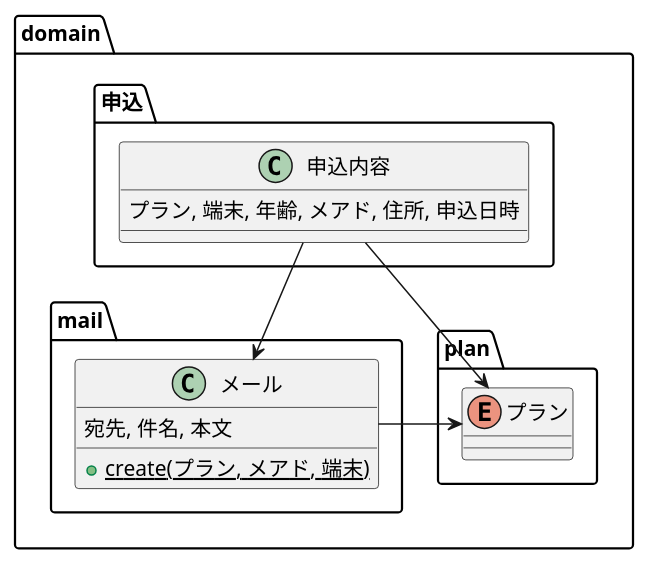
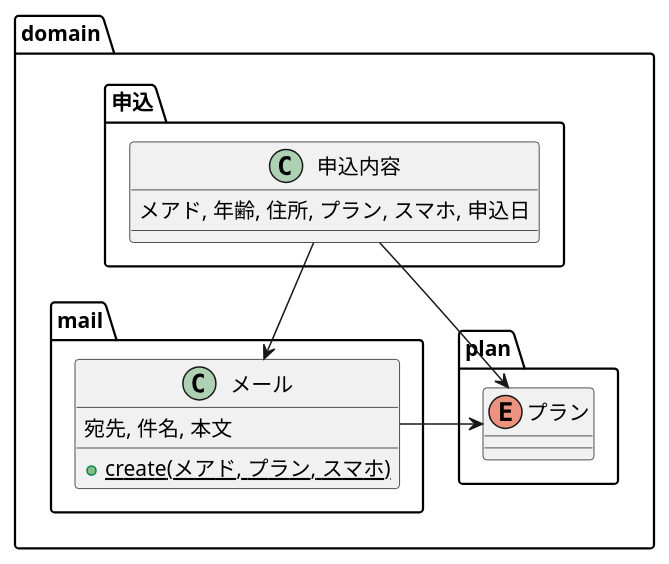
Before and after one commit to suzuki-hoge/genbade-ddd-tokyo: the diagram in 11-mail.puml, drawn with PlantUML. The commit also changed 177 other files, not shown here.

```diff
--- a/11-mail.puml
+++ b/11-mail.puml
@@ -1,27 +1,27 @@
 @startuml
 
 package domain {
   package mail {
     class メール {
       宛先, 件名, 本文
-      + {static} create(プラン, メアド, 端末)
+      + {static} create(メアド, プラン, スマホ)
     }
   }
   package 申込 {
     class 申込内容 {
-      プラン, 端末, 年齢, メアド, 住所, 申込日時
+      メアド, 年齢, 住所, プラン, スマホ, 申込日
     }
   }
   申込内容 -d-> メール
   package plan {
     enum プラン
   }
   申込内容 --> プラン
   メール -r-> プラン
 }
 
 ' 全部のプランや端末を知らないといけない
 ' 解約も実装したら create解約() とか出来る　実質双方向
 ' 自動テストも結合テストも辛い
 
 @enduml
```
